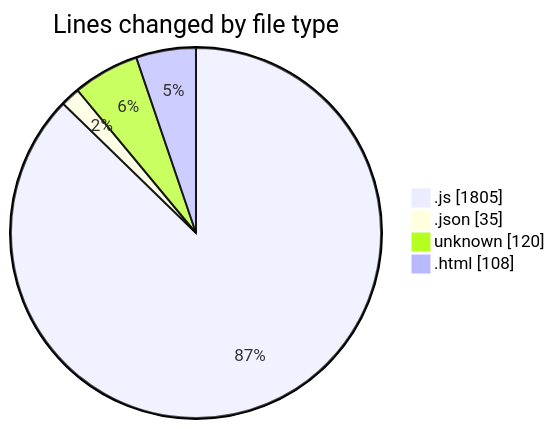
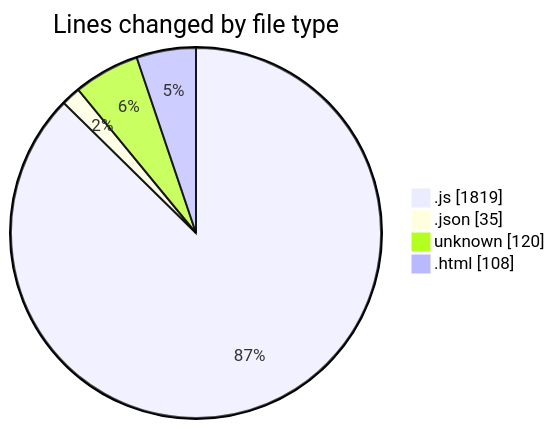
One commit to becaeroporto-bot/code-tracking changed the first of 2 diagrams in 2026-02-20/bot_i_a/README.md. Above: the diagram before and after it, drawn with Mermaid. The commit also changed other lines of this file and 1 other file, not shown here.

````diff
--- a/2026-02-20/bot_i_a/README.md
+++ b/2026-02-20/bot_i_a/README.md
@@ -40,8 +41,8 @@
 ```mermaid
 pie showData
 title Lines changed by file type
-".js" : 1805
+".js" : 1819
 ".json" : 35
 "unknown" : 120
 ".html" : 108
 ```
````
